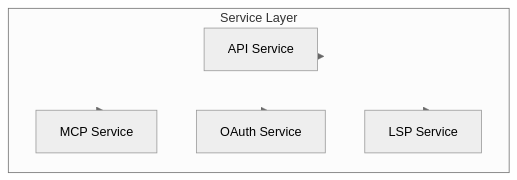
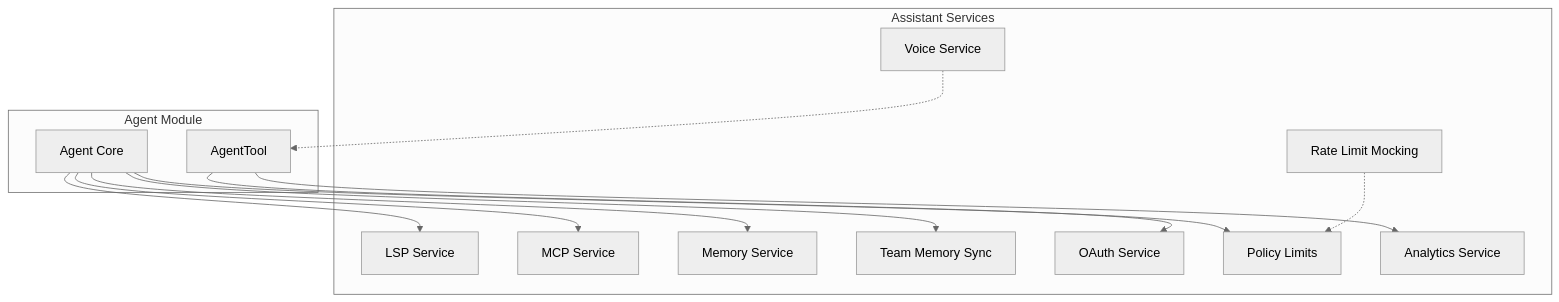
Before and after one commit to niuma996/claude-code-sourcemap-wiki: the first of 3 diagrams in .nium-wiki/wiki_en/services/_index.md, drawn with Mermaid (neutral theme). The commit also changed other lines of this file and 41 other files, not shown here.

First line of the commit message:
Restructure wiki: flatten assistant-services into services/

````diff
--- a/.nium-wiki/wiki_en/services/_index.md
+++ b/.nium-wiki/wiki_en/services/_index.md
@@ -17,13 +23,27 @@
 ```mermaid
 flowchart TB
-    subgraph SV ["Service Layer"]
-        API[API Service]
-        MCP[MCP Service]
-        OAuth[OAuth Service]
-        LSP[LSP Service]
+    subgraph AssistantServices["Assistant Services"]
+        LSP["LSP Service"]
+        MCP["MCP Service"]
+        OAuth["OAuth Service"]
+        Analytics["Analytics Service"]
+        Memory["Memory Service"]
+        TeamSync["Team Memory Sync"]
+        Voice["Voice Service"]
+        Policy["Policy Limits"]
+        RateLimit["Rate Limit Mocking"]
     end
-    SV --> API
-    SV --> MCP
-    SV --> OAuth
-    SV --> LSP
+    subgraph Agent["Agent Module"]
+        AgentCore["Agent Core"]
+        AgentTool["AgentTool"]
+    end
+    AgentCore --> LSP
+    AgentCore --> MCP
+    AgentCore --> Memory
+    AgentCore --> TeamSync
+    AgentCore --> Policy
+    AgentTool --> OAuth
+    AgentTool --> Analytics
+    Voice -.-> AgentTool
+    RateLimit -.-> Policy
 ```
````
